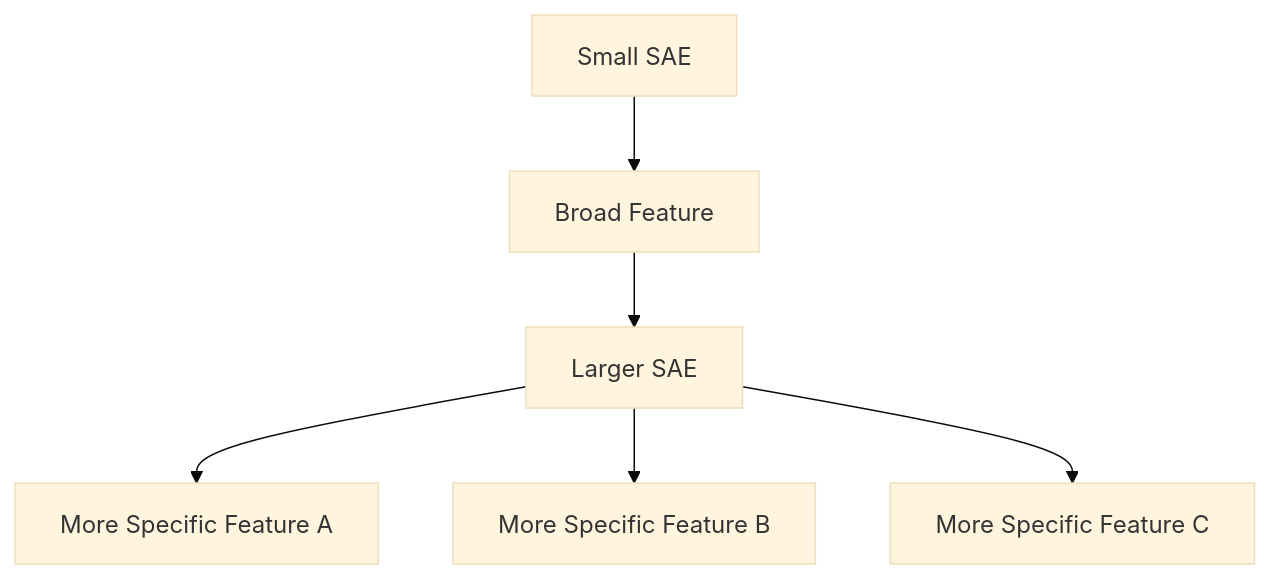
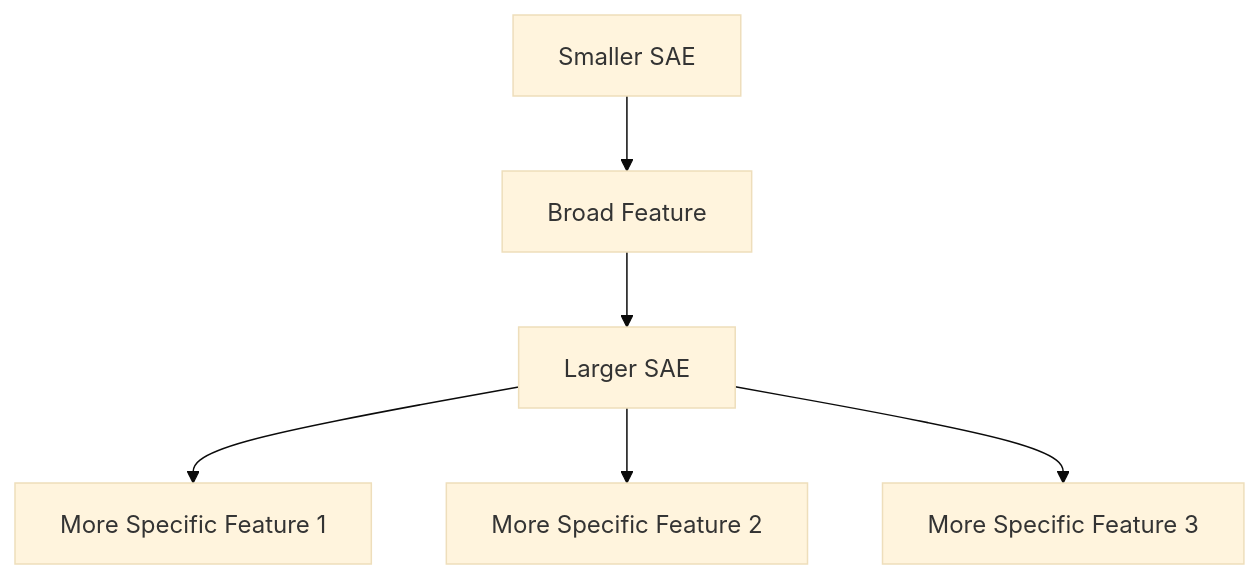
One commit to humairasoudagar/sparse-autoencoder-interpretability changed the seventh of 12 diagrams in papers/anthropic-monosemanticity.md. Above: the diagram before and after it, drawn with Mermaid (base theme). The commit also changed other lines of this file, not shown here.

````diff
--- a/papers/anthropic-monosemanticity.md
+++ b/papers/anthropic-monosemanticity.md
@@ -405,8 +450,10 @@
 ```mermaid
 flowchart TD
-    A[Small SAE] --> B[Broad Feature]
+    A[Smaller SAE] --> B[Broad Feature]
+
     B --> C[Larger SAE]
-    C --> D[More Specific Feature A]
-    C --> E[More Specific Feature B]
-    C --> F[More Specific Feature C]
+
+    C --> D[More Specific Feature 1]
+    C --> E[More Specific Feature 2]
+    C --> F[More Specific Feature 3]
 ```
````
